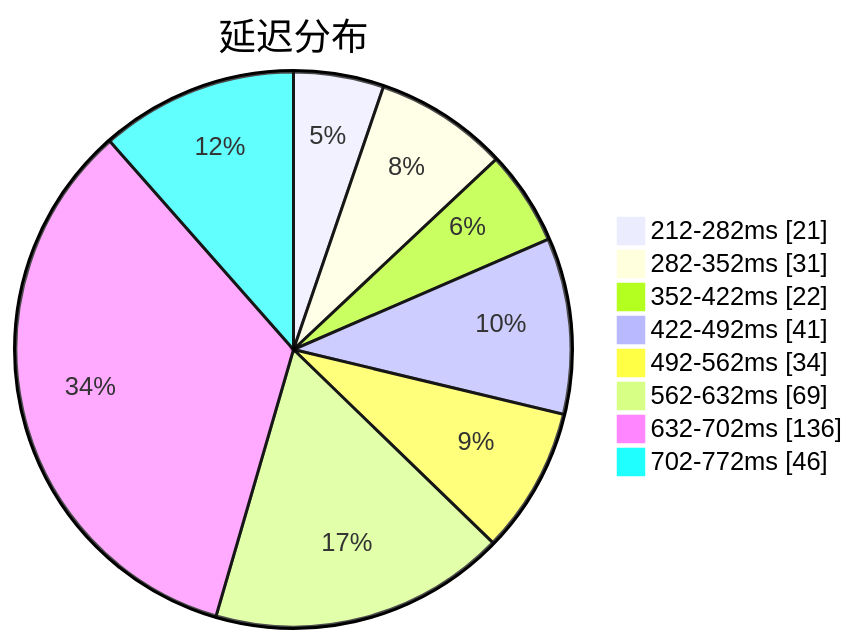
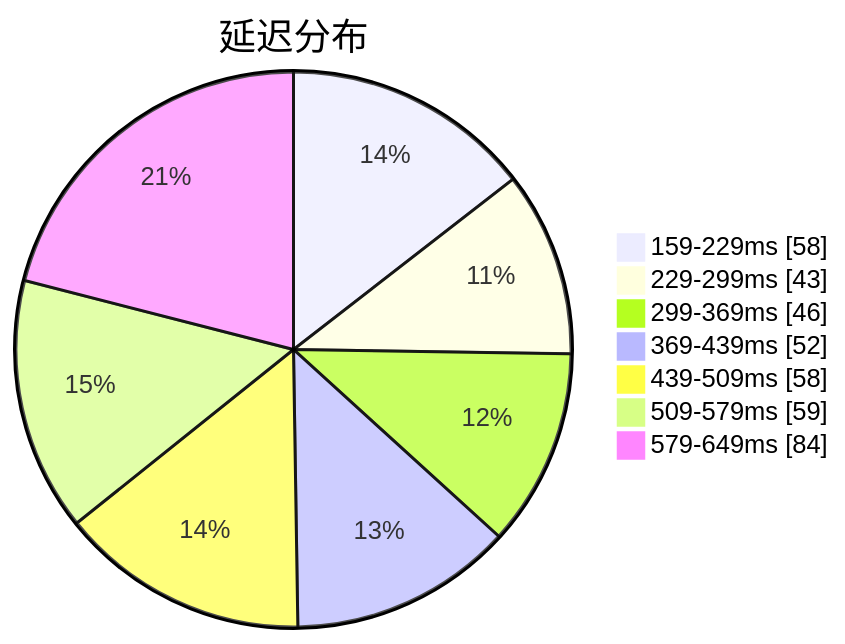
Before and after one commit to qjlxg/airport: the first of 3 diagrams in subs/statistics/tested_within.md, drawn with Mermaid. The commit also changed other lines of this file and 2 other files, not shown here.

````diff
--- a/subs/statistics/tested_within.md
+++ b/subs/statistics/tested_within.md
@@ -2,12 +2,11 @@
 ```mermaid
 pie showData
 title 延迟分布
-"212-282ms" : 21
-"282-352ms" : 31
-"352-422ms" : 22
-"422-492ms" : 41
-"492-562ms" : 34
-"562-632ms" : 69
-"632-702ms" : 136
-"702-772ms" : 46
+"159-229ms" : 58
+"229-299ms" : 43
+"299-369ms" : 46
+"369-439ms" : 52
+"439-509ms" : 58
+"509-579ms" : 59
+"579-649ms" : 84
 ```
````
